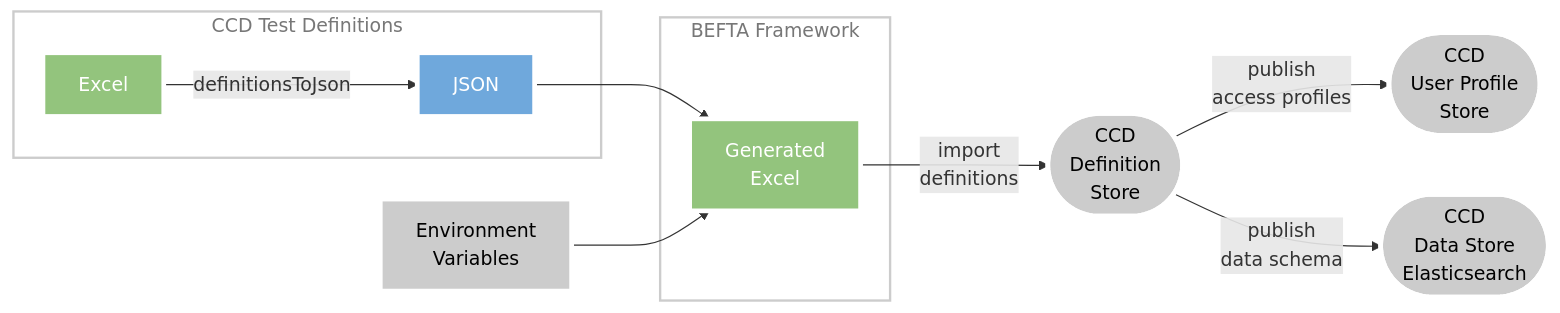
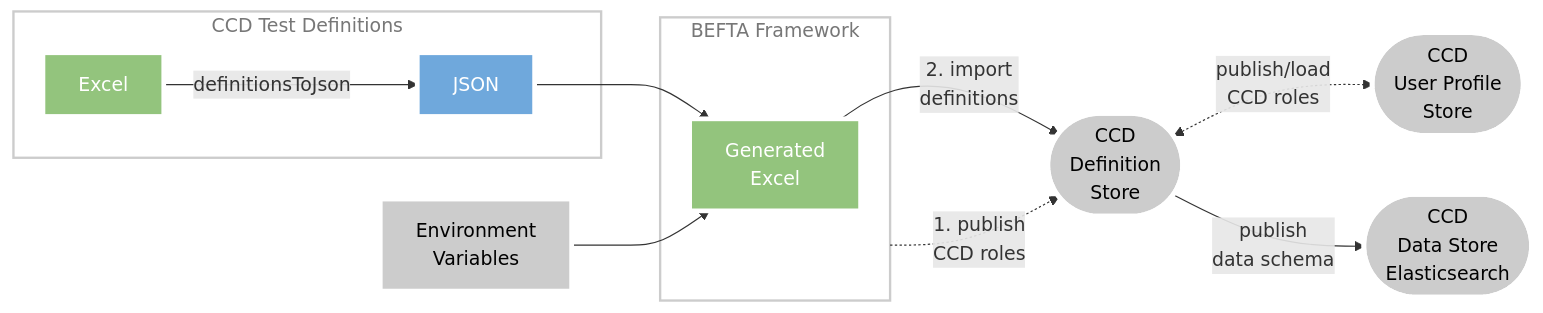
The diagram in README.md (hmcts/ccd-test-definitions), drawn with Mermaid before and after one commit. The commit also changed other lines of this file, not shown here.

Commit message:
Update README
Adjust diagram of BEFTA's definition file generate and import process.

````diff
--- a/README.md
+++ b/README.md
@@ -27,29 +27,29 @@
 ```mermaid
 graph LR
   env-var[Environment<br>Variables];
   def-store([CCD<BR>Definition<BR>Store]);
   user-profile-store([CCD<BR>User Profile<BR>Store]);
   elasticsearch([CCD<BR>Data Store<BR>Elasticsearch]);
   json-->excel-generated;
   env-var-->excel-generated;
-  excel-generated-->|import<BR>definitions|def-store
-  def-store-->|publish<BR>access profiles|user-profile-store
+  befta-fw-.->|1. publish<BR>CCD roles|def-store
+  excel-generated-->|2. import<BR>definitions|def-store
+  def-store<-.->|publish/load<BR>CCD roles|user-profile-store
   def-store-->|publish<BR>data schema|elasticsearch
   subgraph test-definitions[CCD Test Definitions]
     excel[Excel];
     json[JSON];
     excel-->|definitionsToJson|json;
   end
   subgraph befta-fw[BEFTA Framework]
     excel-generated[Generated<br>Excel];
   end
   classDef plain fill:#ccc,stroke:#fff,stroke-width:4px,color:#000;
   classDef excel fill:#93c47d,stroke:#fff,stroke-width:4px,color:#fff;
   classDef json fill:#6fa8dc,stroke:#fff,stroke-width:4px,color:#fff;
   classDef library fill:#fff,stroke:#ccc,stroke-width:2px,color:#777;
   class def-store,user-profile-store,elasticsearch,env-var plain;
   class excel,excel-generated excel;
   class json json;
   class test-definitions,functional-test,befta-fw library;
-
 ```
````
